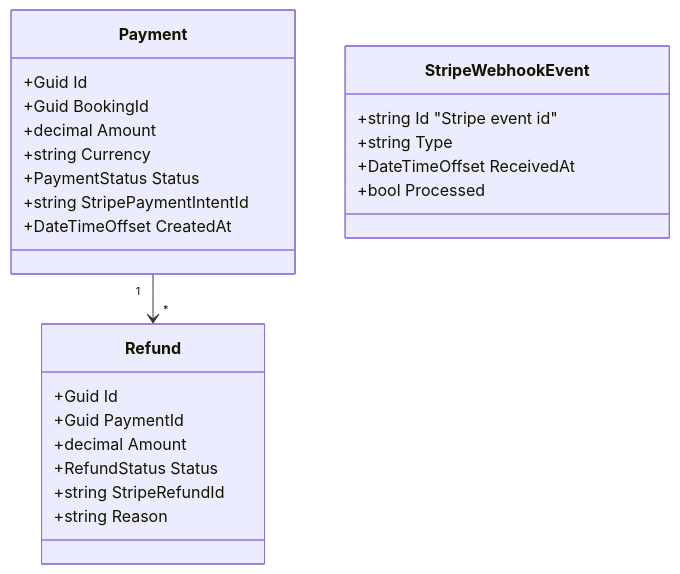
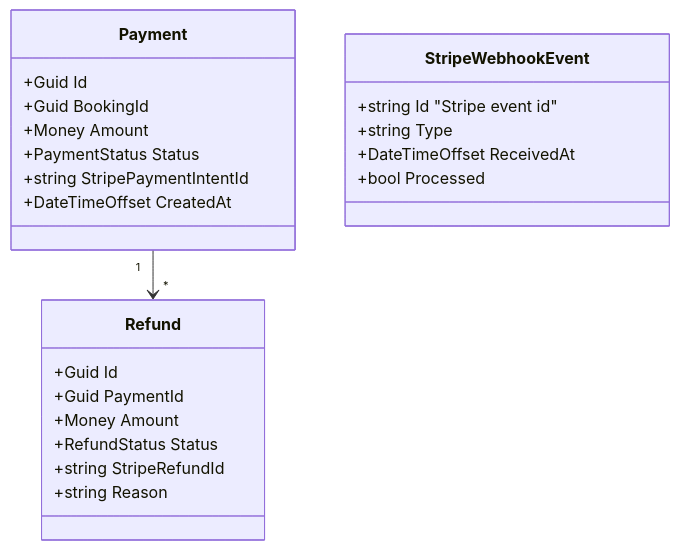
The fourth of 7 diagrams in docs/ARCHITECTURE.md (benotar/Eventify), drawn with Mermaid before and after one commit. The commit also changed other lines of this file and 2 other files, not shown here.

````diff
--- a/docs/ARCHITECTURE.md
+++ b/docs/ARCHITECTURE.md
@@ -403,28 +402,27 @@
 ```mermaid
 classDiagram
     class Payment {
       +Guid Id
       +Guid BookingId
-      +decimal Amount
-      +string Currency
+      +Money Amount
       +PaymentStatus Status
       +string StripePaymentIntentId
       +DateTimeOffset CreatedAt
     }
     class Refund {
       +Guid Id
       +Guid PaymentId
-      +decimal Amount
+      +Money Amount
       +RefundStatus Status
       +string StripeRefundId
       +string Reason
     }
     class StripeWebhookEvent {
       +string Id "Stripe event id"
       +string Type
       +DateTimeOffset ReceivedAt
       +bool Processed
     }
 
     Payment "1" --> "*" Refund
 ```
````
